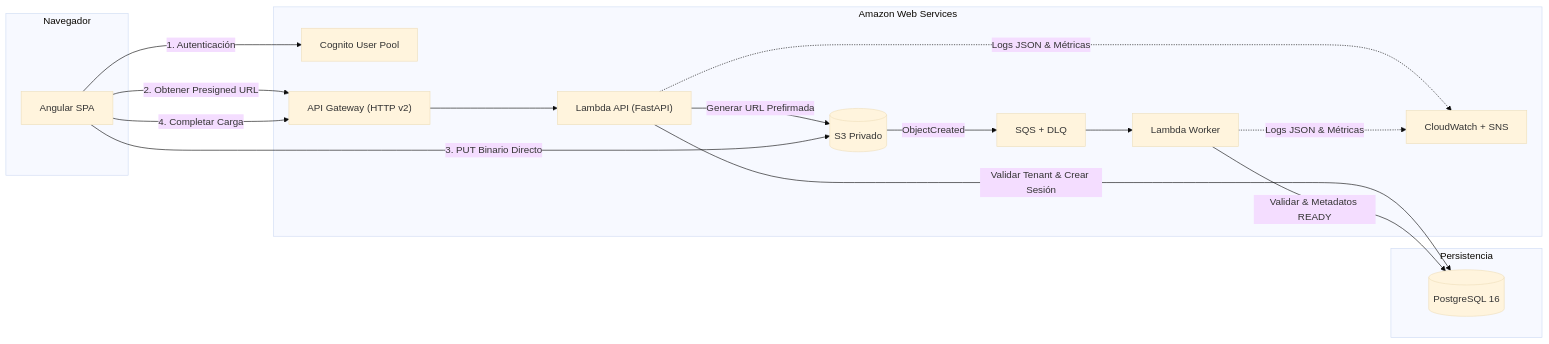
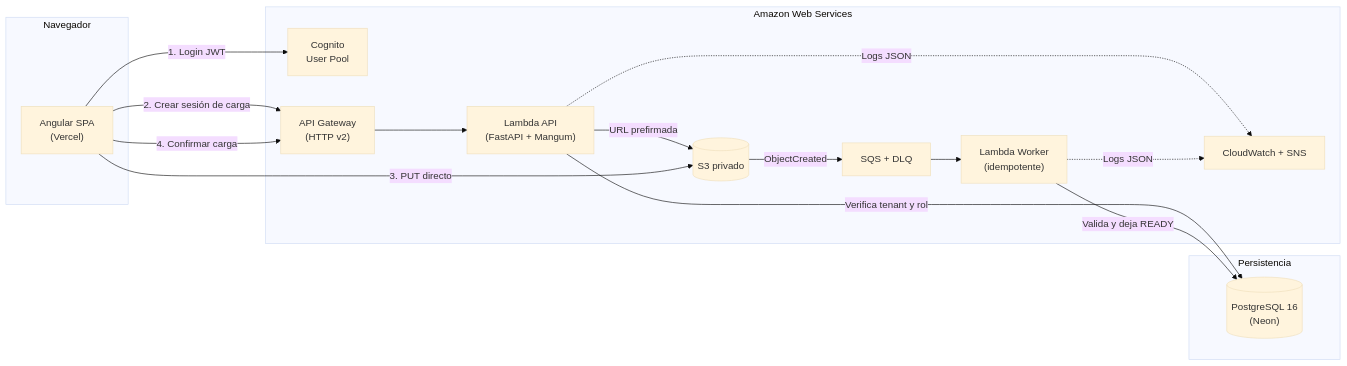
One commit to CamiloTriana75/cloud-document-manager changed the diagram in README.md. Above: the diagram before and after it, drawn with Mermaid (base theme). The commit also changed other lines of this file and 7 other files, not shown here.

````diff
--- a/README.md
+++ b/README.md
@@ -44,31 +115,31 @@
 ```mermaid
 flowchart LR
     subgraph CLIENT["Navegador"]
-        SPA["Angular SPA"]
+        SPA["Angular SPA<br/>(Vercel)"]
     end
     subgraph AWS["Amazon Web Services"]
-        COG["Cognito User Pool"]
-        APIGW["API Gateway (HTTP v2)"]
-        LAMBDA_API["Lambda API (FastAPI)"]
-        S3[("S3 Privado")]
+        COG["Cognito<br/>User Pool"]
+        APIGW["API Gateway<br/>(HTTP v2)"]
+        LAMBDA_API["Lambda API<br/>(FastAPI + Mangum)"]
+        S3[("S3 privado")]
         SQS["SQS + DLQ"]
-        LAMBDA_WORKER["Lambda Worker"]
+        LAMBDA_WORKER["Lambda Worker<br/>(idempotente)"]
         CW["CloudWatch + SNS"]
     end
     subgraph DATA["Persistencia"]
-        PG[("PostgreSQL 16")]
+        PG[("PostgreSQL 16<br/>(Neon)")]
     end
 
-    SPA -->|1. Autenticación| COG
-    SPA -->|2. Obtener Presigned URL| APIGW
+    SPA -->|1. Login JWT| COG
+    SPA -->|2. Crear sesión de carga| APIGW
     APIGW --> LAMBDA_API
-    LAMBDA_API -->|Validar Tenant & Crear Sesión| PG
-    LAMBDA_API -->|Generar URL Prefirmada| S3
-    SPA -->|3. PUT Binario Directo| S3
-    SPA -->|4. Completar Carga| APIGW
+    LAMBDA_API -->|Verifica tenant y rol| PG
+    LAMBDA_API -->|URL prefirmada| S3
+    SPA -->|3. PUT directo| S3
+    SPA -->|4. Confirmar carga| APIGW
     S3 -->|ObjectCreated| SQS
     SQS --> LAMBDA_WORKER
-    LAMBDA_WORKER -->|Validar & Metadatos READY| PG
-    LAMBDA_API -.->|Logs JSON & Métricas| CW
-    LAMBDA_WORKER -.->|Logs JSON & Métricas| CW
+    LAMBDA_WORKER -->|Valida y deja READY| PG
+    LAMBDA_API -.->|Logs JSON| CW
+    LAMBDA_WORKER -.->|Logs JSON| CW
 ```
````
